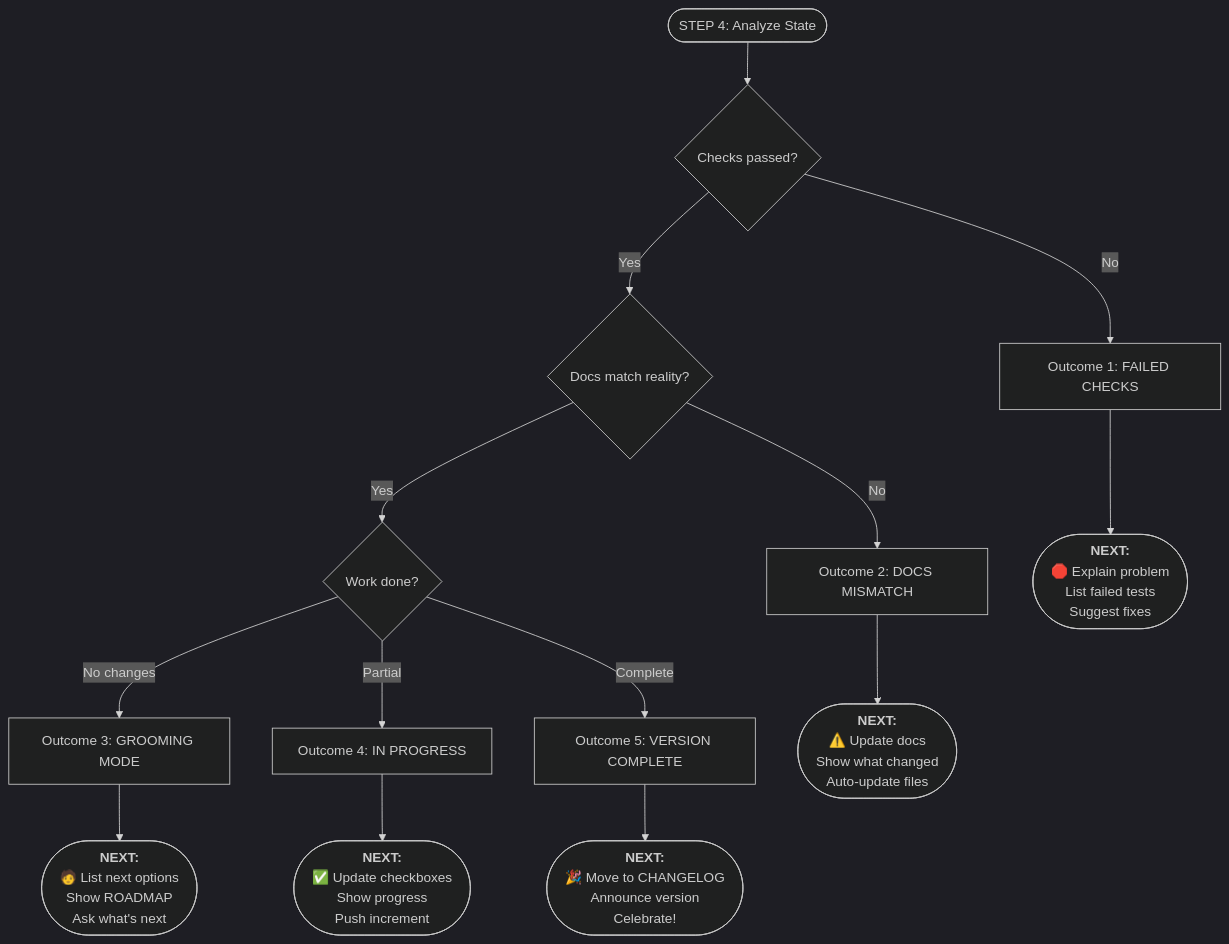
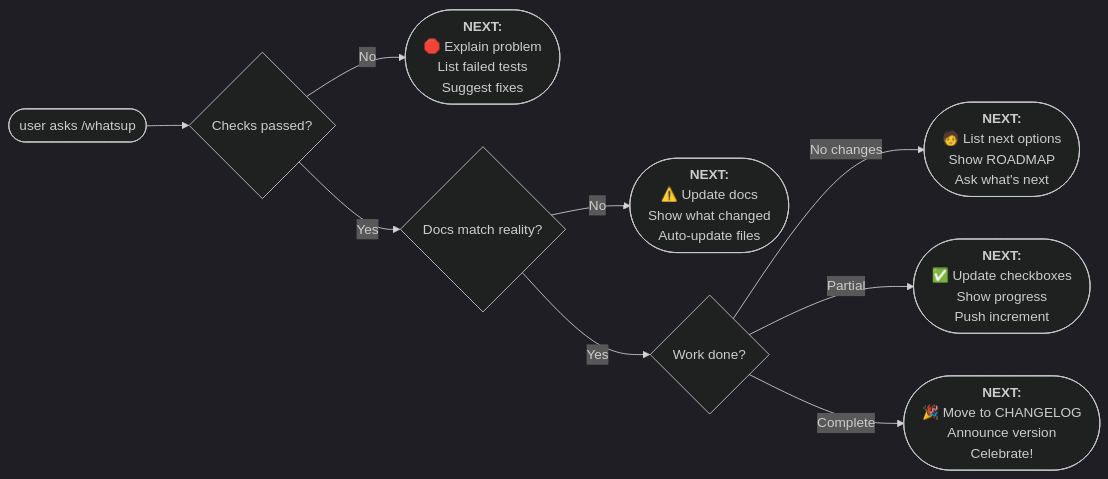
Before and after one commit to nonlinear/nonlinear.github.io: the diagram in content/ideas/whatsup-prompt.md, drawn with Mermaid (dark theme). The commit also changed 16 other files, not shown here.

````diff
--- a/content/ideas/whatsup-prompt.md
+++ b/content/ideas/whatsup-prompt.md
@@ -44,25 +44,15 @@
 ```mermaid
-flowchart TD
-    STEP4([STEP 4: Analyze State]) --> CHECK{Checks passed?}
+flowchart LR
+    STEP4([user asks /whatsup]) --> CHECK{Checks passed?}
 
-    CHECK -->|No| FAIL[Outcome 1: FAILED CHECKS]
+    CHECK -->|No| REPORT1(["<b>NEXT:</b><br>🛑 Explain problem<br/>List failed tests<br/>Suggest fixes"])
     CHECK -->|Yes| STABLE{Docs match reality?}
 
-    STABLE -->|No| MISMATCH[Outcome 2: DOCS MISMATCH]
+    STABLE -->|No| REPORT2(["<b>NEXT:</b><br>⚠️ Update docs<br/>Show what changed<br/>Auto-update files"])
     STABLE -->|Yes| PROGRESS{Work done?}
 
-    PROGRESS -->|No changes| GROOM[Outcome 3: GROOMING MODE]
-    PROGRESS -->|Partial| PARTIAL[Outcome 4: IN PROGRESS]
-    PROGRESS -->|Complete| COMPLETE[Outcome 5: VERSION COMPLETE]
-
-    FAIL --> REPORT1(["<b>NEXT:</b><br>🛑 Explain problem<br/>List failed tests<br/>Suggest fixes"])
-
-    MISMATCH --> REPORT2(["<b>NEXT:</b><br>⚠️ Update docs<br/>Show what changed<br/>Auto-update files"])
-
-    GROOM --> REPORT3(["<b>NEXT:</b><br>🧑 List next options<br/>Show ROADMAP<br/>Ask what's next"])
-
-    PARTIAL --> REPORT4(["<b>NEXT:</b><br>✅ Update checkboxes<br/>Show progress<br/>Push increment"])
-
-    COMPLETE --> REPORT5(["<b>NEXT:</b><br>🎉 Move to CHANGELOG<br/>Announce version<br/>Celebrate!"])
+    PROGRESS -->|No changes| REPORT3(["<b>NEXT:</b><br>🧑 List next options<br/>Show ROADMAP<br/>Ask what's next"])
+    PROGRESS -->|Partial| REPORT4(["<b>NEXT:</b><br>✅ Update checkboxes<br/>Show progress<br/>Push increment"])
+    PROGRESS -->|Complete| REPORT5(["<b>NEXT:</b><br>🎉 Move to CHANGELOG<br/>Announce version<br/>Celebrate!"])
 
 ```
````
